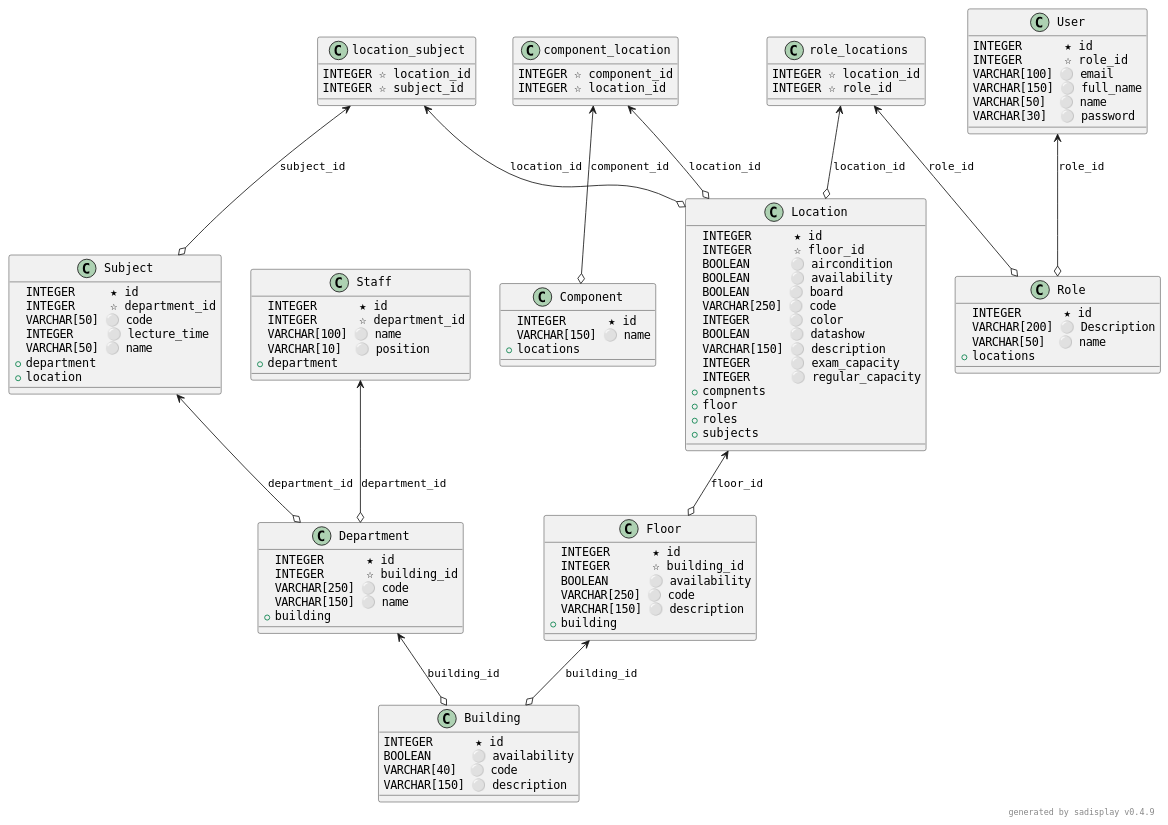
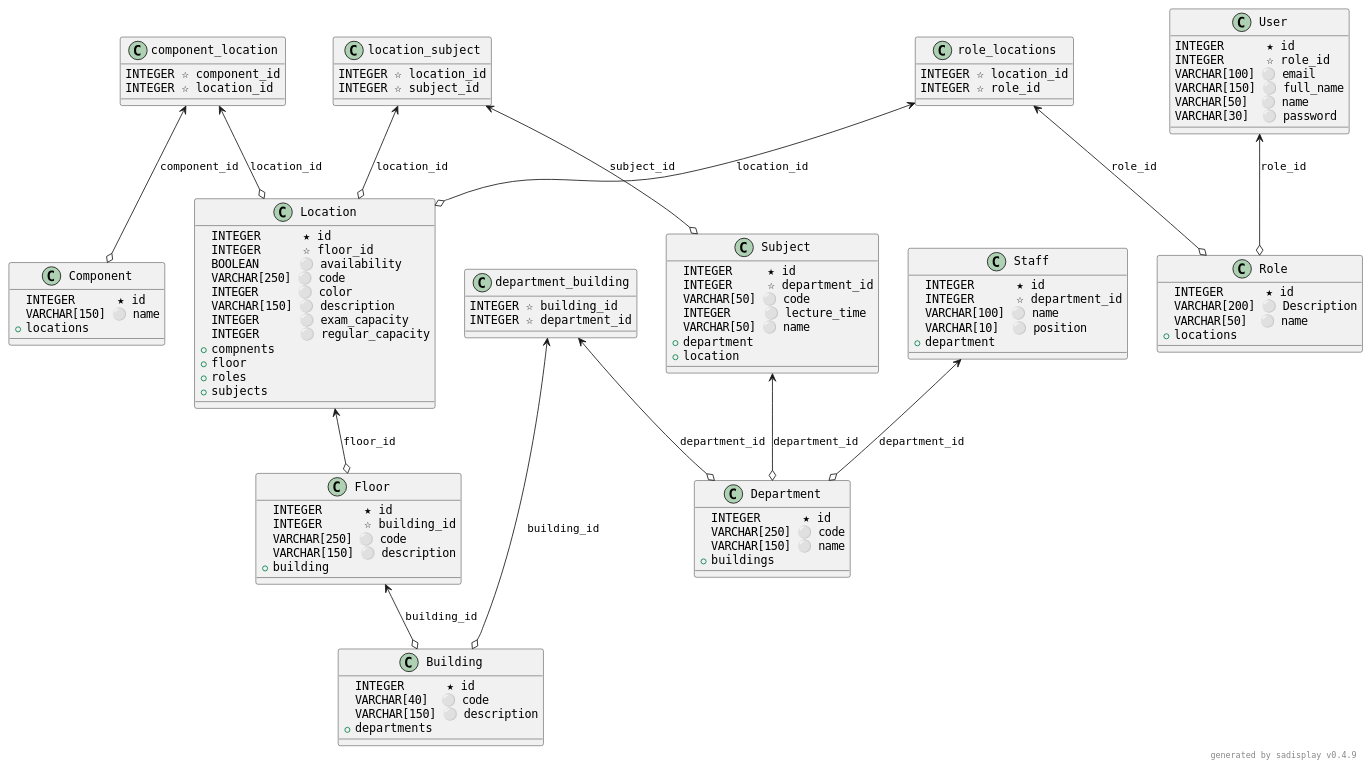
The diagram in database/schema.plantuml (abdo1819/LTA), drawn with PlantUML before and after one commit. The commit also changed 5 other files, not shown here.

Commit message:
v.01 prepare some erd change add TODO for edits edit building dep relation

```diff
--- a/database/schema.plantuml
+++ b/database/schema.plantuml
@@ -1,128 +1,130 @@
 @startuml
 
 skinparam defaultFontName Courier
 
 Class Building {
-    INTEGER      ★ id          
-    BOOLEAN      ⚪ availability
-    VARCHAR[40]  ⚪ code        
-    VARCHAR[150] ⚪ description 
+    INTEGER      ★ id         
+    VARCHAR[40]  ⚪ code       
+    VARCHAR[150] ⚪ description
+    +            departments  
 }
 
 Class Floor {
-    INTEGER      ★ id          
-    INTEGER      ☆ building_id 
-    BOOLEAN      ⚪ availability
-    VARCHAR[250] ⚪ code        
-    VARCHAR[150] ⚪ description 
-    +            building      
+    INTEGER      ★ id         
+    INTEGER      ☆ building_id
+    VARCHAR[250] ⚪ code       
+    VARCHAR[150] ⚪ description
+    +            building     
 }
 
 Class Location {
     INTEGER      ★ id              
     INTEGER      ☆ floor_id        
-    BOOLEAN      ⚪ aircondition    
     BOOLEAN      ⚪ availability    
-    BOOLEAN      ⚪ board           
     VARCHAR[250] ⚪ code            
     INTEGER      ⚪ color           
-    BOOLEAN      ⚪ datashow        
     VARCHAR[150] ⚪ description     
     INTEGER      ⚪ exam_capacity   
     INTEGER      ⚪ regular_capacity
     +            compnents         
     +            floor             
     +            roles             
     +            subjects          
 }
 
 Class Component {
     INTEGER      ★ id     
     VARCHAR[150] ⚪ name   
     +            locations
 }
 
 Class component_location {
     INTEGER ☆ component_id
     INTEGER ☆ location_id 
 }
 
 Class Department {
-    INTEGER      ★ id         
-    INTEGER      ☆ building_id
-    VARCHAR[250] ⚪ code       
-    VARCHAR[150] ⚪ name       
-    +            building     
+    INTEGER      ★ id     
+    VARCHAR[250] ⚪ code   
+    VARCHAR[150] ⚪ name   
+    +            buildings
+}
+
+Class department_building {
+    INTEGER ☆ building_id  
+    INTEGER ☆ department_id
 }
 
 Class Staff {
     INTEGER      ★ id           
     INTEGER      ☆ department_id
     VARCHAR[100] ⚪ name         
     VARCHAR[10]  ⚪ position     
     +            department     
 }
 
 Class Subject {
     INTEGER     ★ id           
     INTEGER     ☆ department_id
     VARCHAR[50] ⚪ code         
     INTEGER     ⚪ lecture_time 
     VARCHAR[50] ⚪ name         
     +           department     
     +           location       
 }
 
 Class location_subject {
     INTEGER ☆ location_id
     INTEGER ☆ subject_id 
 }
 
 Class User {
     INTEGER      ★ id       
     INTEGER      ☆ role_id  
     VARCHAR[100] ⚪ email    
     VARCHAR[150] ⚪ full_name
     VARCHAR[50]  ⚪ name     
     VARCHAR[30]  ⚪ password 
 }
 
 Class Role {
     INTEGER      ★ id         
     VARCHAR[200] ⚪ Description
     VARCHAR[50]  ⚪ name       
     +            locations    
 }
 
 Class role_locations {
     INTEGER ☆ location_id
     INTEGER ☆ role_id    
 }
 
 Floor <--o Building: building_id
 
 Location <--o Floor: floor_id
 
 component_location <--o Component: component_id
 
 component_location <--o Location: location_id
 
-Department <--o Building: building_id
+department_building <--o Department: department_id
+
+department_building <--o Building: building_id
 
 Staff <--o Department: department_id
 
 Subject <--o Department: department_id
 
 location_subject <--o Subject: subject_id
 
 location_subject <--o Location: location_id
 
 User <--o Role: role_id
 
 role_locations <--o Role: role_id
 
 role_locations <--o Location: location_id
 
 right footer generated by sadisplay v0.4.9
 
 @enduml
```
